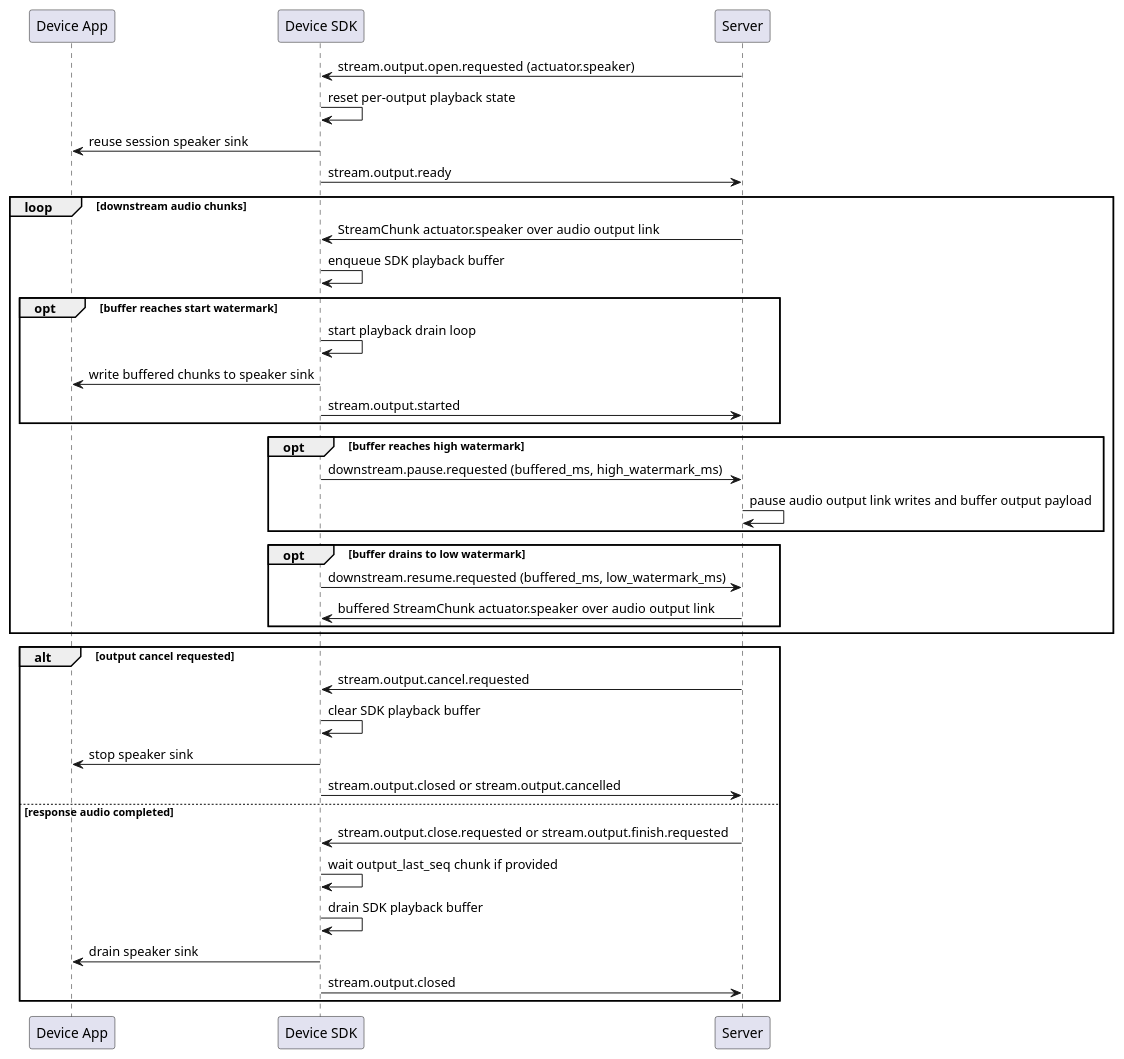
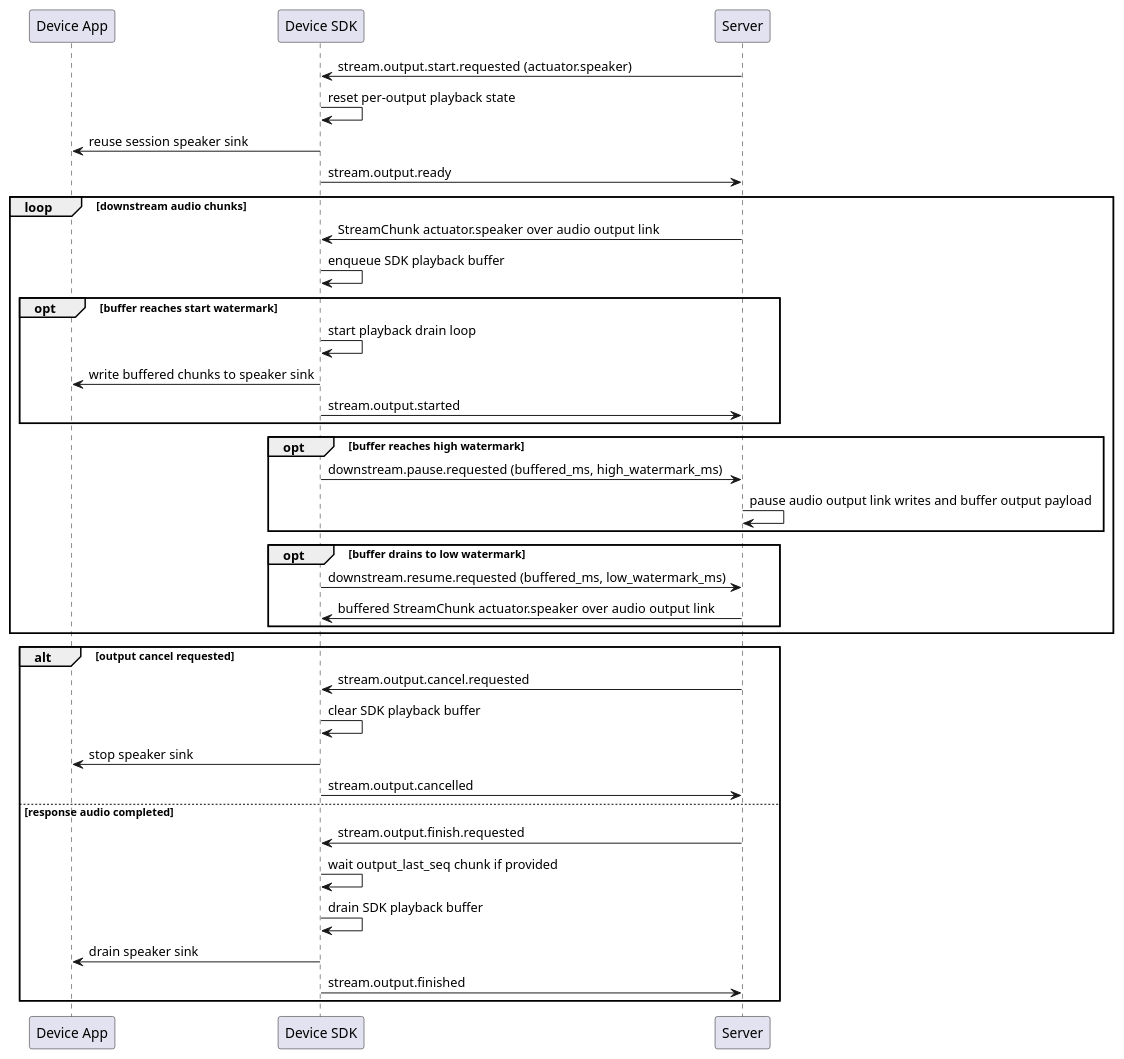
The fourth of 6 diagrams in docs/reference/device-sdk-event-blueprint.md (HengeLiu/RealtimeAgent), drawn with PlantUML before and after one commit. The commit also changed other lines of this file and 2 other files, not shown here.

````diff
--- a/docs/reference/device-sdk-event-blueprint.md
+++ b/docs/reference/device-sdk-event-blueprint.md
@@ -286,41 +286,41 @@
 ```plantuml
 @startuml
 participant "Device App" as App
 participant "Device SDK" as SDK
 participant Server
 
-Server -> SDK: stream.output.open.requested (actuator.speaker)
+Server -> SDK: stream.output.start.requested (actuator.speaker)
 SDK -> SDK: reset per-output playback state
 SDK -> App: reuse session speaker sink
 SDK -> Server: stream.output.ready
 loop downstream audio chunks
   Server -> SDK: StreamChunk actuator.speaker over audio output link
   SDK -> SDK: enqueue SDK playback buffer
   opt buffer reaches start watermark
     SDK -> SDK: start playback drain loop
     SDK -> App: write buffered chunks to speaker sink
     SDK -> Server: stream.output.started
   end
   opt buffer reaches high watermark
     SDK -> Server: downstream.pause.requested (buffered_ms, high_watermark_ms)
     Server -> Server: pause audio output link writes and buffer output payload
   end
   opt buffer drains to low watermark
     SDK -> Server: downstream.resume.requested (buffered_ms, low_watermark_ms)
     Server -> SDK: buffered StreamChunk actuator.speaker over audio output link
   end
 end
 alt output cancel requested
   Server -> SDK: stream.output.cancel.requested
   SDK -> SDK: clear SDK playback buffer
   SDK -> App: stop speaker sink
-  SDK -> Server: stream.output.closed or stream.output.cancelled
+  SDK -> Server: stream.output.cancelled
 else response audio completed
-  Server -> SDK: stream.output.close.requested or stream.output.finish.requested
+  Server -> SDK: stream.output.finish.requested
   SDK -> SDK: wait output_last_seq chunk if provided
   SDK -> SDK: drain SDK playback buffer
   SDK -> App: drain speaker sink
-  SDK -> Server: stream.output.closed
+  SDK -> Server: stream.output.finished
 end
 @enduml
 ```
````
